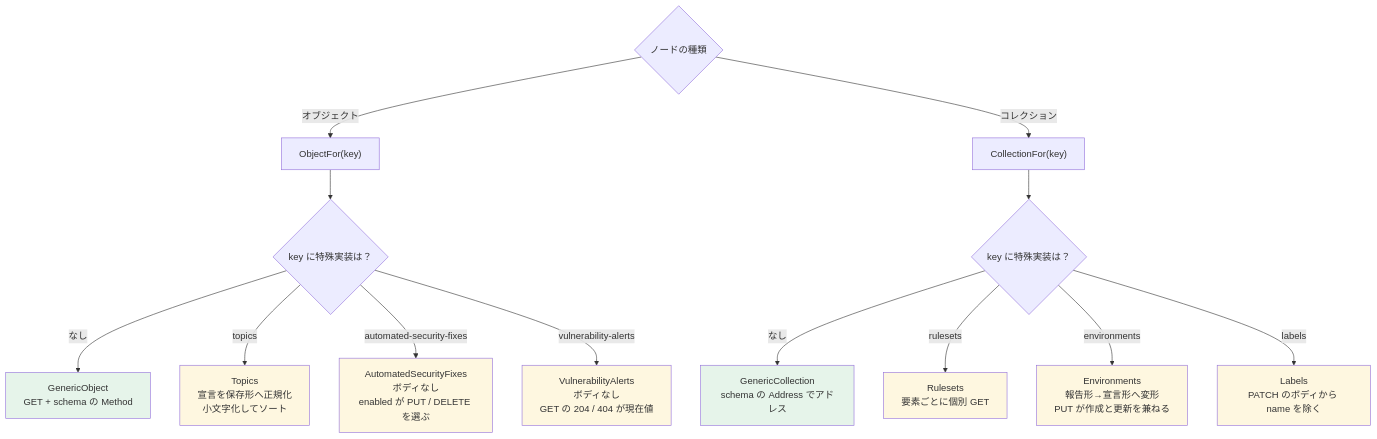
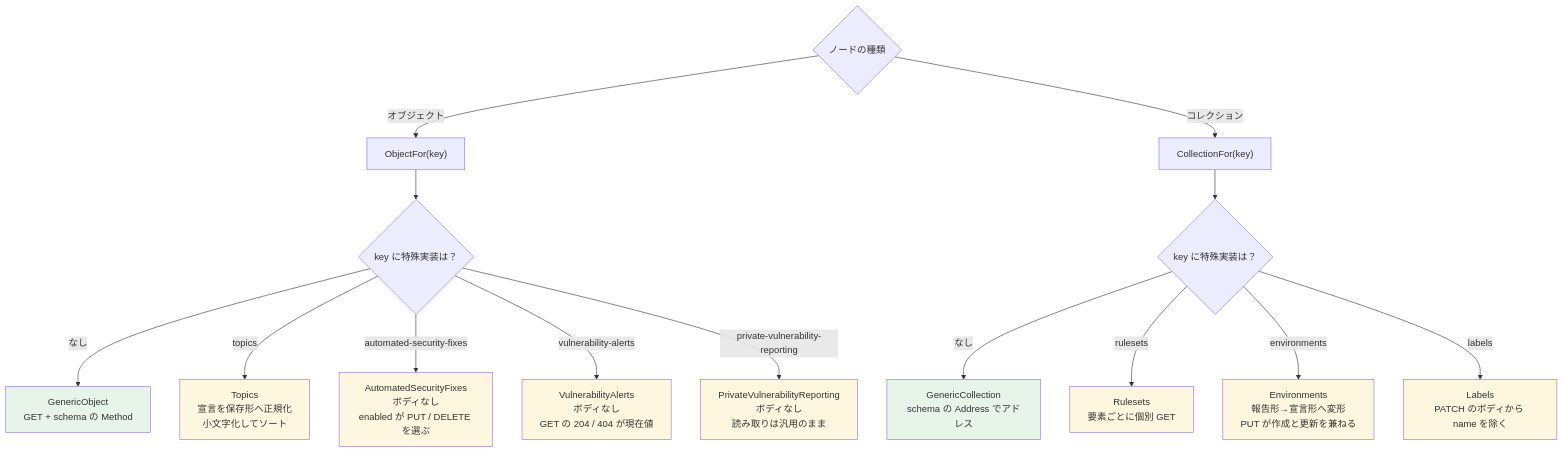
Before and after one commit to kota65535/ghs: the fourth of 5 diagrams in docs/architecture.md, drawn with Mermaid. The commit also changed other lines of this file and 6 other files, not shown here.

First line of the commit message:
feat(security): manage private vulnerability reporting (#48)

````diff
--- a/docs/architecture.md
+++ b/docs/architecture.md
@@ -112,26 +112,28 @@
 ```mermaid
 graph TD
     Q{"ノードの種類"}
     Q -->|オブジェクト| O["ObjectFor(key)"]
     Q -->|コレクション| CO["CollectionFor(key)"]
 
     O --> OG0{"key に特殊実装は？"}
     OG0 -->|なし| OG["GenericObject<br/>GET + schema の Method"]
     OG0 -->|topics| TP["Topics<br/>宣言を保存形へ正規化<br/>小文字化してソート"]
     OG0 -->|automated-security-fixes| SF["AutomatedSecurityFixes<br/>ボディなし<br/>enabled が PUT / DELETE を選ぶ"]
     OG0 -->|vulnerability-alerts| VA["VulnerabilityAlerts<br/>ボディなし<br/>GET の 204 / 404 が現在値"]
+    OG0 -->|private-vulnerability-reporting| PV["PrivateVulnerabilityReporting<br/>ボディなし<br/>読み取りは汎用のまま"]
     CO --> CG{"key に特殊実装は？"}
     CG -->|なし| GC["GenericCollection<br/>schema の Address でアドレス"]
     CG -->|rulesets| RS["Rulesets<br/>要素ごとに個別 GET"]
     CG -->|environments| EN["Environments<br/>報告形→宣言形へ変形<br/>PUT が作成と更新を兼ねる"]
     CG -->|labels| LB["Labels<br/>PATCH のボディから name を除く"]
 
     style OG fill:#e6f4ea
     style GC fill:#e6f4ea
     style TP fill:#fef7e0
     style SF fill:#fef7e0
     style VA fill:#fef7e0
+    style PV fill:#fef7e0
     style RS fill:#fef7e0
     style EN fill:#fef7e0
     style LB fill:#fef7e0
 ```
````
